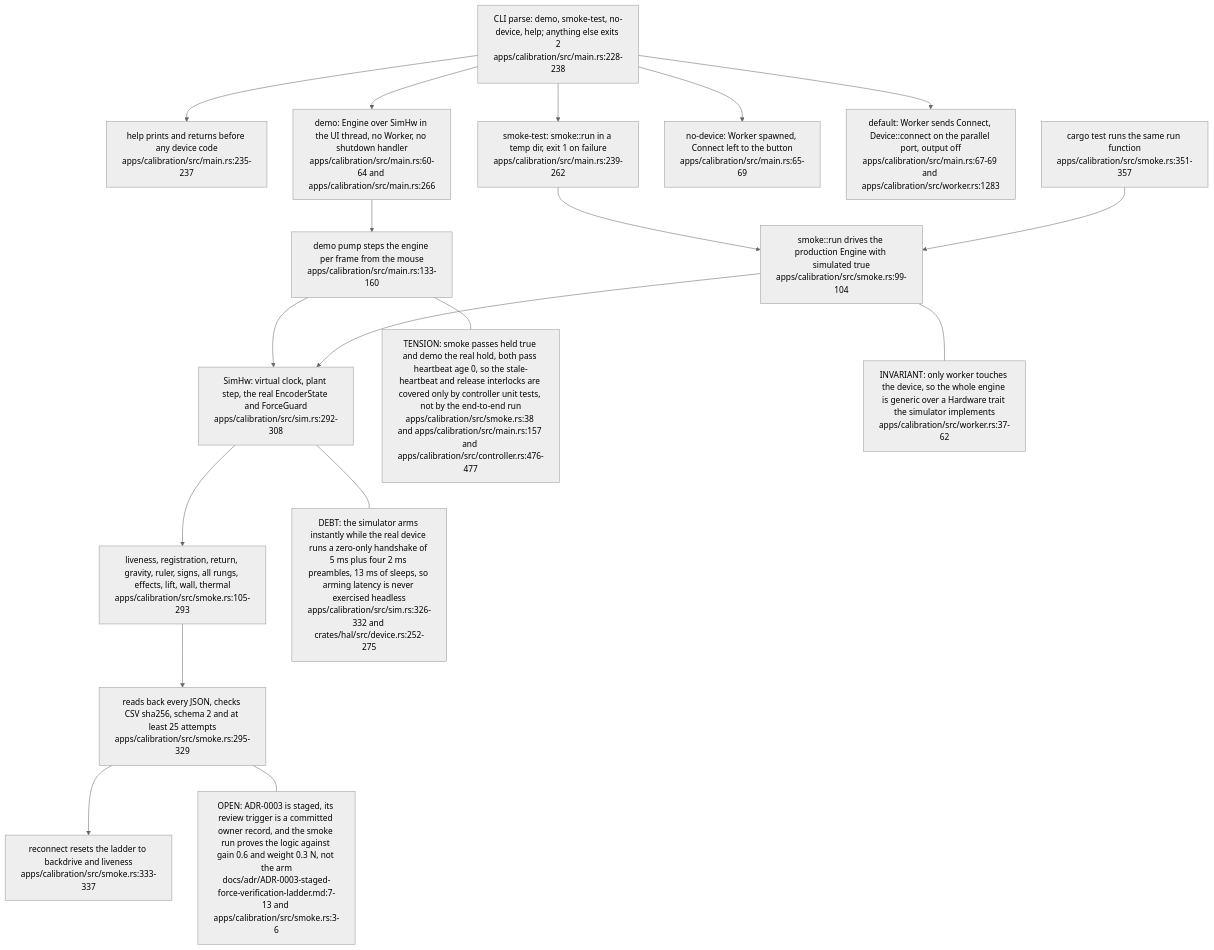
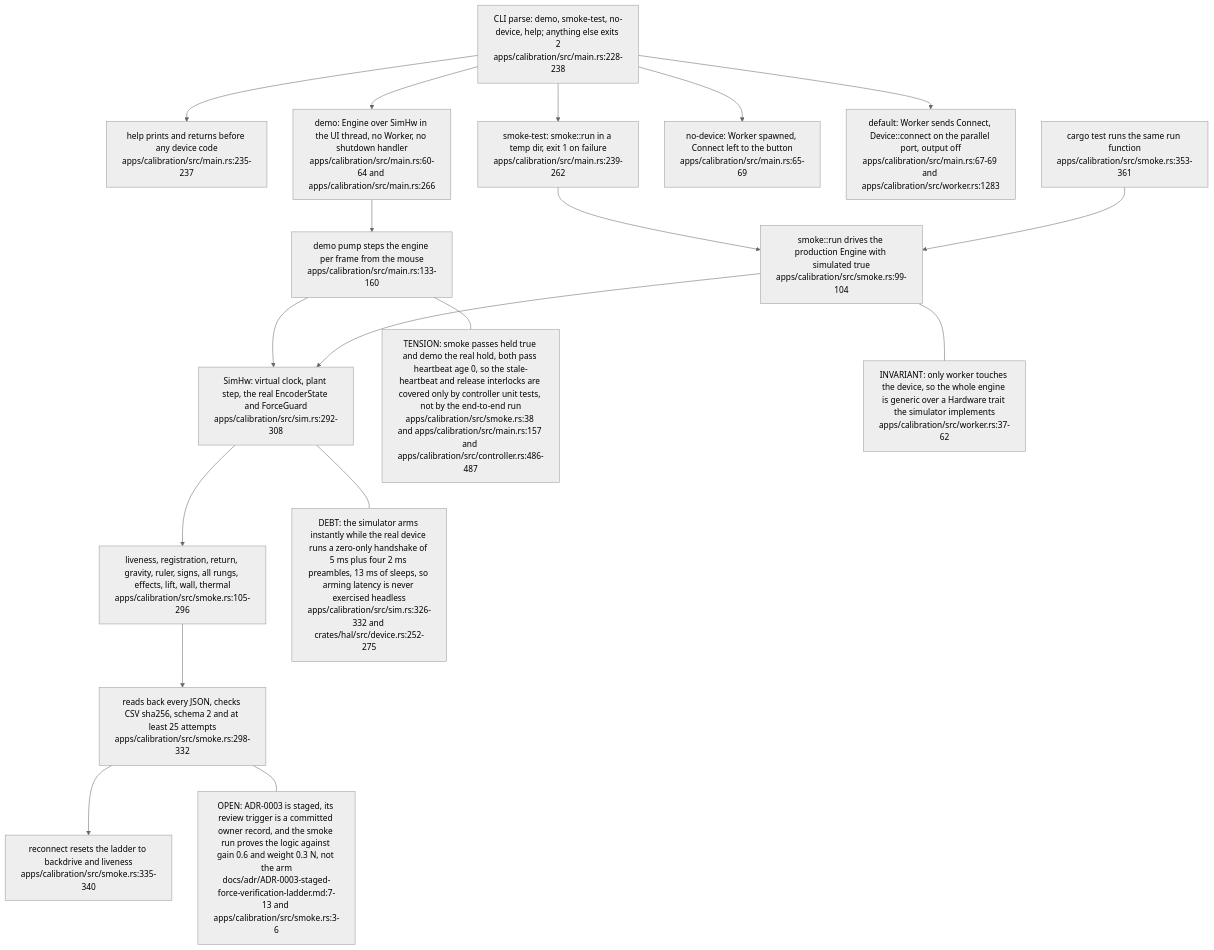
Before and after one commit to DreamLab-AI/VisionFlow: the sixth of 6 diagrams in docs/diagrams/visiontouch-rs/08-calibration-studio-and-verification-ladder.md, drawn with Mermaid (neutral theme). The commit also changed other lines of this file and 9 other files, not shown here.

Commit message:
docs(diagrams): re-stamp VT-01 to VT-08 at visiontouch-rs 77898bc

````diff
--- a/docs/diagrams/visiontouch-rs/08-calibration-studio-and-verification-ladder.md
+++ b/docs/diagrams/visiontouch-rs/08-calibration-studio-and-verification-ladder.md
@@ -291,37 +300,37 @@
 ```mermaid
 flowchart TB
     CLI["CLI parse: demo, smoke-test, no-device, help; anything else exits 2<br/>apps/calibration/src/main.rs:228-238"]
     HELP["help prints and returns before any device code<br/>apps/calibration/src/main.rs:235-237"]
     SMOKE["smoke-test: smoke::run in a temp dir, exit 1 on failure<br/>apps/calibration/src/main.rs:239-262"]
     DEMO["demo: Engine over SimHw in the UI thread, no Worker, no shutdown handler<br/>apps/calibration/src/main.rs:60-64 and apps/calibration/src/main.rs:266"]
     NODEV["no-device: Worker spawned, Connect left to the button<br/>apps/calibration/src/main.rs:65-69"]
     REAL["default: Worker sends Connect, Device::connect on the parallel port, output off<br/>apps/calibration/src/main.rs:67-69 and apps/calibration/src/worker.rs:1283"]
     RUN["smoke::run drives the production Engine with simulated true<br/>apps/calibration/src/smoke.rs:99-104"]
     PLANT["SimHw: virtual clock, plant step, the real EncoderState and ForceGuard<br/>apps/calibration/src/sim.rs:292-308"]
-    LADDER["liveness, registration, return, gravity, ruler, signs, all rungs, effects, lift, wall, thermal<br/>apps/calibration/src/smoke.rs:105-293"]
-    VERIFY["reads back every JSON, checks CSV sha256, schema 2 and at least 25 attempts<br/>apps/calibration/src/smoke.rs:295-329"]
-    RECON["reconnect resets the ladder to backdrive and liveness<br/>apps/calibration/src/smoke.rs:333-337"]
-    TEST["cargo test runs the same run function<br/>apps/calibration/src/smoke.rs:351-357"]
+    LADDER["liveness, registration, return, gravity, ruler, signs, all rungs, effects, lift, wall, thermal<br/>apps/calibration/src/smoke.rs:105-296"]
+    VERIFY["reads back every JSON, checks CSV sha256, schema 2 and at least 25 attempts<br/>apps/calibration/src/smoke.rs:298-332"]
+    RECON["reconnect resets the ladder to backdrive and liveness<br/>apps/calibration/src/smoke.rs:335-340"]
+    TEST["cargo test runs the same run function<br/>apps/calibration/src/smoke.rs:353-361"]
     PUMP["demo pump steps the engine per frame from the mouse<br/>apps/calibration/src/main.rs:133-160"]
     CLI --> HELP
     CLI --> SMOKE
     CLI --> DEMO
     CLI --> NODEV
     CLI --> REAL
     SMOKE --> RUN
     TEST --> RUN
     DEMO --> PUMP
     PUMP --> PLANT
     RUN --> PLANT
     PLANT --> LADDER
     LADDER --> VERIFY
     VERIFY --> RECON
     N1["DEBT: the simulator arms instantly while the real device runs a zero-only handshake of 5 ms plus four 2 ms preambles, 13 ms of sleeps, so arming latency is never exercised headless<br/>apps/calibration/src/sim.rs:326-332 and crates/hal/src/device.rs:252-275"]
-    N2["TENSION: smoke passes held true and demo the real hold, both pass heartbeat age 0, so the stale-heartbeat and release interlocks are covered only by controller unit tests, not by the end-to-end run<br/>apps/calibration/src/smoke.rs:38 and apps/calibration/src/main.rs:157 and apps/calibration/src/controller.rs:476-477"]
+    N2["TENSION: smoke passes held true and demo the real hold, both pass heartbeat age 0, so the stale-heartbeat and release interlocks are covered only by controller unit tests, not by the end-to-end run<br/>apps/calibration/src/smoke.rs:38 and apps/calibration/src/main.rs:157 and apps/calibration/src/controller.rs:486-487"]
     N3["INVARIANT: only worker touches the device, so the whole engine is generic over a Hardware trait the simulator implements<br/>apps/calibration/src/worker.rs:37-62"]
     N4["OPEN: ADR-0003 is staged, its review trigger is a committed owner record, and the smoke run proves the logic against gain 0.6 and weight 0.3 N, not the arm<br/>docs/adr/ADR-0003-staged-force-verification-ladder.md:7-13 and apps/calibration/src/smoke.rs:3-6"]
     PLANT --- N1
     PUMP --- N2
     RUN --- N3
     VERIFY --- N4
 ```
````
